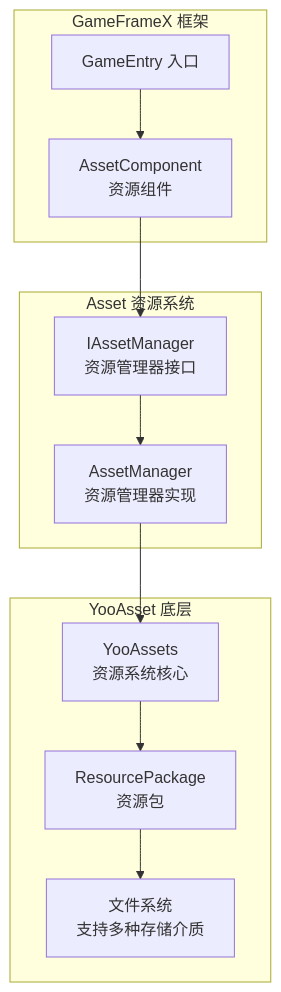
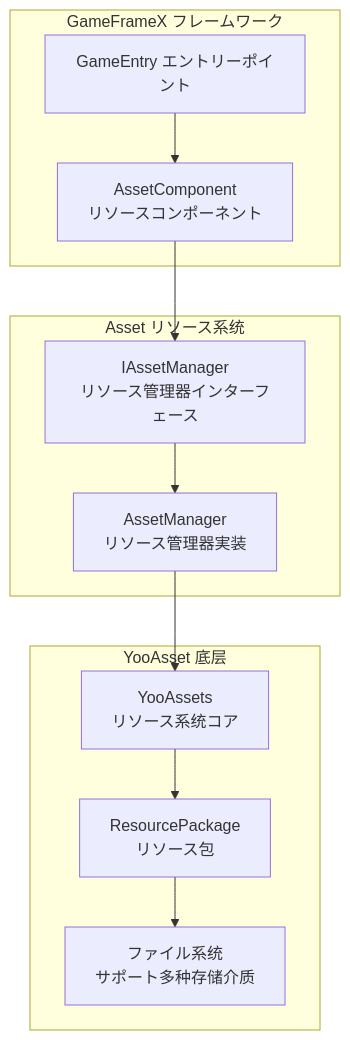
The first of 4 diagrams in docs/ja/client/unity/component/asset/01.overview.md (AlianBlank/GameFrameX.Docs), drawn with Mermaid before and after one commit. The commit also changed other lines of this file and 603 other files, not shown here.

````diff
--- a/docs/ja/client/unity/component/asset/01.overview.md
+++ b/docs/ja/client/unity/component/asset/01.overview.md
@@ -11,25 +11,25 @@
 ```mermaid
 flowchart TD
-    subgraph GameFrameX["GameFrameX 框架"]
-        GameEntry["GameEntry 入口"]
-        AssetComponent["AssetComponent<br/>资源组件"]
+    subgraph GameFrameX["GameFrameX フレームワーク"]
+        GameEntry["GameEntry エントリーポイント"]
+        AssetComponent["AssetComponent<br/>リソースコンポーネント"]
     end
 
-    subgraph AssetSystem["Asset 资源系统"]
-        IAssetManager["IAssetManager<br/>资源管理器接口"]
-        AssetManager["AssetManager<br/>资源管理器实现"]
+    subgraph AssetSystem["Asset リソース系统"]
+        IAssetManager["IAssetManager<br/>リソース管理器インターフェース"]
+        AssetManager["AssetManager<br/>リソース管理器実装"]
     end
 
     subgraph YooAsset["YooAsset 底层"]
-        YooAssets["YooAssets<br/>资源系统核心"]
-        ResourcePackage["ResourcePackage<br/>资源包"]
-        FileSystem["文件系统<br/>支持多种存储介质"]
+        YooAssets["YooAssets<br/>リソース系统コア"]
+        ResourcePackage["ResourcePackage<br/>リソース包"]
+        FileSystem["ファイル系统<br/>サポート多种存储介质"]
     end
 
     GameEntry --> AssetComponent
     AssetComponent --> IAssetManager
     IAssetManager --> AssetManager
     AssetManager --> YooAssets
     YooAssets --> ResourcePackage
     ResourcePackage --> FileSystem
 ```
````
